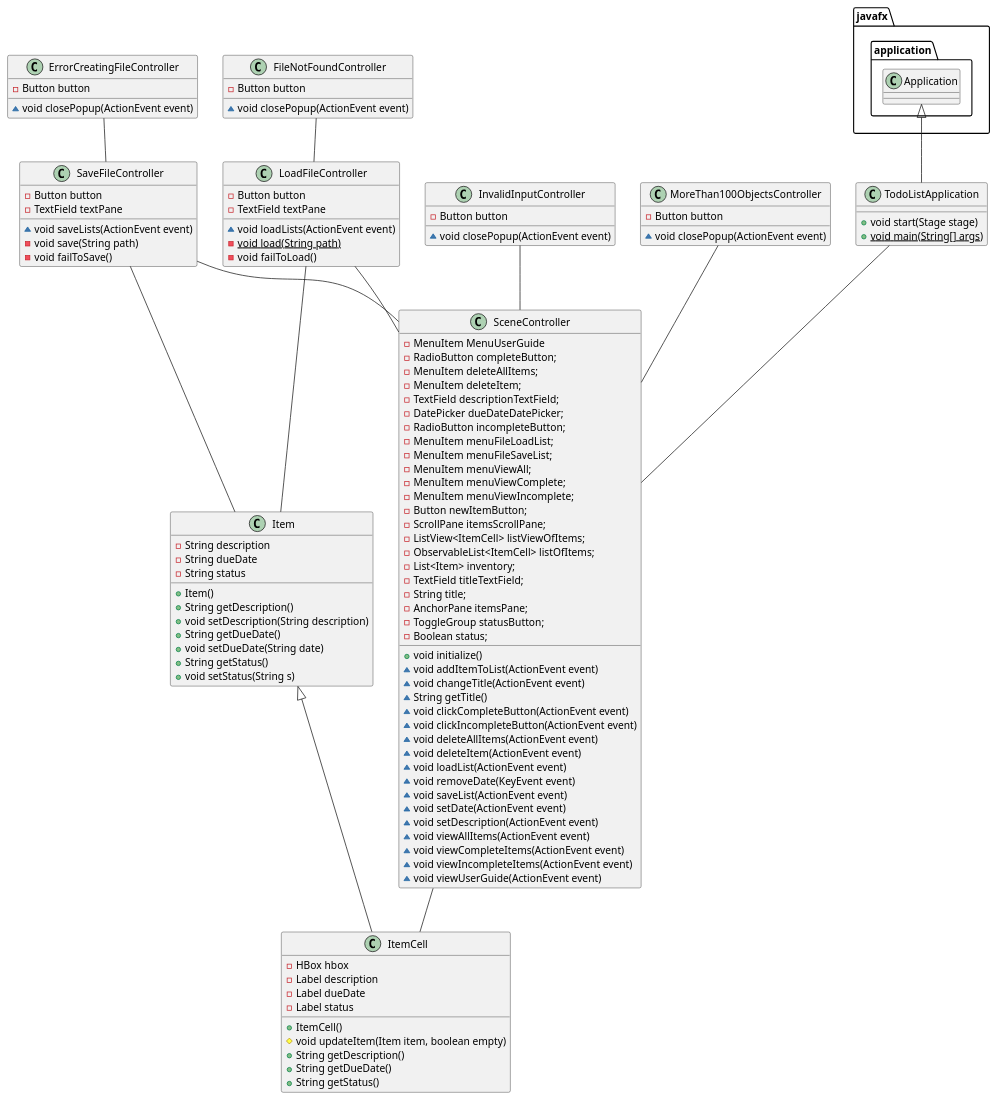
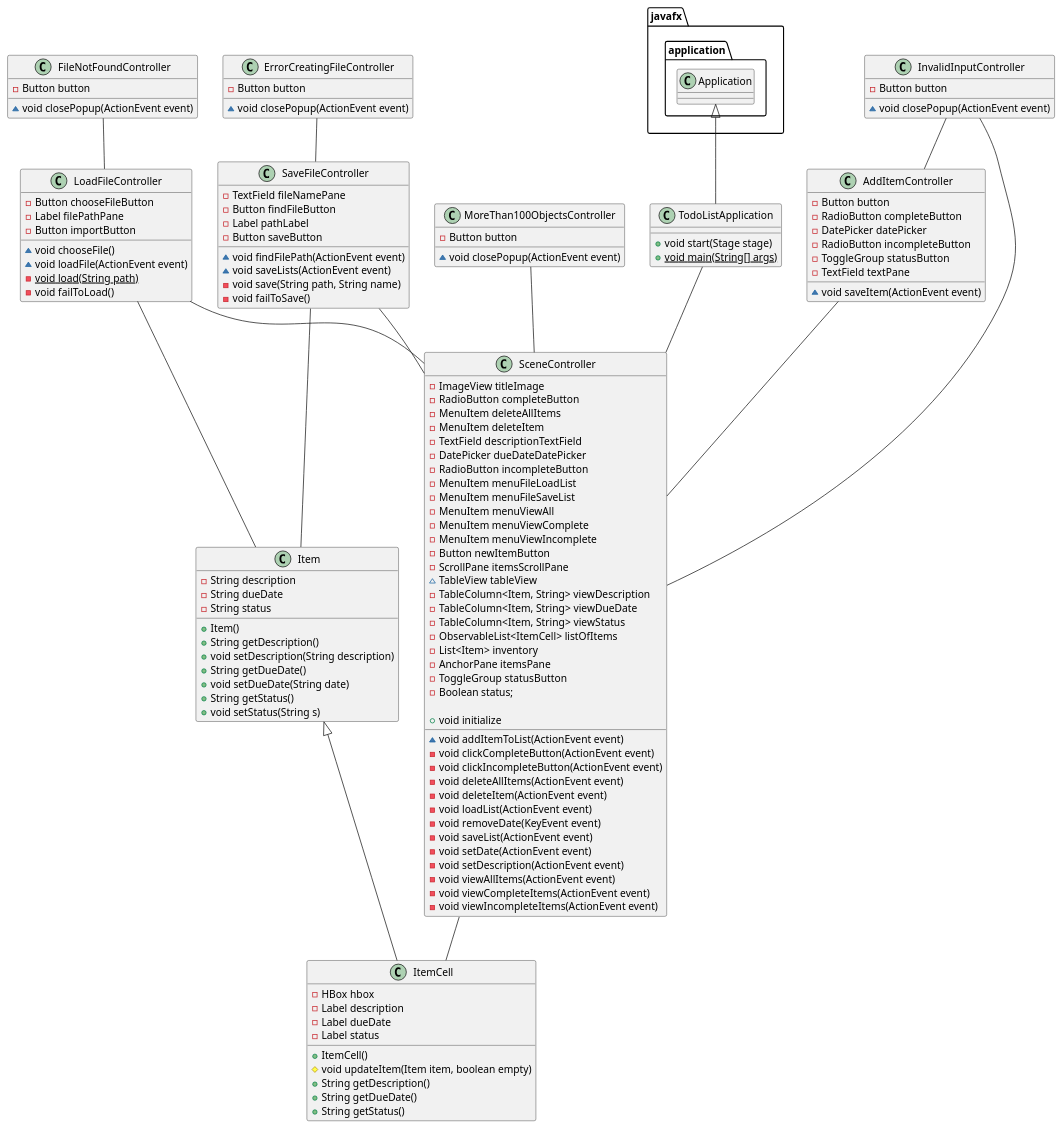
One commit to jkglaspey/Too-Due_List changed the diagram in docs/ApplicationUMLDiagram.puml. Above: the diagram before and after it, drawn with PlantUML. The commit also changed 1 other file, not shown here.

Commit message:
Plant UML Diagram for pre-implementation of code

```diff
--- a/docs/ApplicationUMLDiagram.puml
+++ b/docs/ApplicationUMLDiagram.puml
@@ -1,145 +1,161 @@
 @startuml
 
 'Initiates the GUI
 class TodoListApplication {
 
 'Class only has local variables
 
 '@Override
 +void start(Stage stage)
 + {static} void main(String[] args)
 }
 
 'Stores event data
 class Item {
 -String description
 -String dueDate
 -String status
 
 'Data is only added through mutator methods
 +Item()
 +String getDescription()
 +void setDescription(String description)
 +String getDueDate()
 +void setDueDate(String date)
 +String getStatus()
 +void setStatus(String s)
 }
 
 'Formats Items to be viewed from GUI
 class ItemCell {
 -HBox hbox
 -Label description
 -Label dueDate
 -Label status
 
 +ItemCell()
 '@Override
 #void updateItem(Item item, boolean empty)
 +String getDescription()
 +String getDueDate()
 +String getStatus()
 }
 
 'Alerts user that input must be 1 <= x <= 100 characters
 class InvalidInputController {
 -Button button
 ~void closePopup(ActionEvent event)
 }
 
 'Alerts user that file could not be created
 class ErrorCreatingFileController {
 -Button button
 ~void closePopup(ActionEvent event)
 }
 
 'Alerts user that the file path does not exist
 class FileNotFoundController {
 -Button button
 ~void closePopup(ActionEvent event)
 }
 
 'Allows user to load in previously-saved lists
 class LoadFileController {
--Button button
--TextField textPane
+-Button chooseFileButton
+-Label filePathPane
+-Button importButton
 
-~void loadLists(ActionEvent event)
+~void chooseFile()
+~void loadFile(ActionEvent event)
 -{static} void load(String path)
 -void failToLoad()
 }
 
 'Alerts user that there cannot be > 256 of an object
 class MoreThan100ObjectsController {
 -Button button
 
 ~void closePopup(ActionEvent event)
 }
 
 'Allows user to save lists to file
 class SaveFileController {
+-TextField fileNamePane
+-Button findFileButton
+-Label pathLabel
+-Button saveButton
+
+~void findFilePath(ActionEvent event)
+~void saveLists(ActionEvent event)
+-void save(String path, String name)
+-void failToSave()
+}
+
+class AddItemController {
 -Button button
+-RadioButton completeButton
+-DatePicker datePicker
+-RadioButton incompleteButton
+-ToggleGroup statusButton
 -TextField textPane
-
-~void saveLists(ActionEvent event)
--void save(String path)
--void failToSave()
+~void saveItem(ActionEvent event)
 }
 
 'Controls the main GUI
 class SceneController {
--MenuItem MenuUserGuide
--RadioButton completeButton;
--MenuItem deleteAllItems;
--MenuItem deleteItem;
--TextField descriptionTextField;
--DatePicker dueDateDatePicker;
--RadioButton incompleteButton;
--MenuItem menuFileLoadList;
--MenuItem menuFileSaveList;
--MenuItem menuViewAll;
--MenuItem menuViewComplete;
--MenuItem menuViewIncomplete;
--Button newItemButton;
--ScrollPane itemsScrollPane;
--ListView<ItemCell> listViewOfItems;
--ObservableList<ItemCell> listOfItems;
--List<Item> inventory;
--TextField titleTextField;
--String title;
--AnchorPane itemsPane;
--ToggleGroup statusButton;
+-ImageView titleImage
+-RadioButton completeButton
+-MenuItem deleteAllItems
+-MenuItem deleteItem
+-TextField descriptionTextField
+-DatePicker dueDateDatePicker
+-RadioButton incompleteButton
+-MenuItem menuFileLoadList
+-MenuItem menuFileSaveList
+-MenuItem menuViewAll
+-MenuItem menuViewComplete
+-MenuItem menuViewIncomplete
+-Button newItemButton
+-ScrollPane itemsScrollPane
+~TableView tableView
+-TableColumn<Item, String> viewDescription
+-TableColumn<Item, String> viewDueDate
+-TableColumn<Item, String> viewStatus
+-ObservableList<ItemCell> listOfItems
+-List<Item> inventory
+-AnchorPane itemsPane
+-ToggleGroup statusButton
 -Boolean status;
-+void initialize()
+
++void initialize
 ~void addItemToList(ActionEvent event)
-~void changeTitle(ActionEvent event)
-~String getTitle()
-~void clickCompleteButton(ActionEvent event)
-~void clickIncompleteButton(ActionEvent event)
-~void deleteAllItems(ActionEvent event)
-~void deleteItem(ActionEvent event)
-~void loadList(ActionEvent event)
-~void removeDate(KeyEvent event)
-~void saveList(ActionEvent event)
-~void setDate(ActionEvent event)
-~void setDescription(ActionEvent event)
-~void viewAllItems(ActionEvent event)
-~void viewCompleteItems(ActionEvent event)
-~void viewIncompleteItems(ActionEvent event)
-~void viewUserGuide(ActionEvent event)
+-void clickCompleteButton(ActionEvent event)
+-void clickIncompleteButton(ActionEvent event)
+-void deleteAllItems(ActionEvent event)
+-void deleteItem(ActionEvent event)
+-void loadList(ActionEvent event)
+-void removeDate(KeyEvent event)
+-void saveList(ActionEvent event)
+-void setDate(ActionEvent event)
+-void setDescription(ActionEvent event)
+-void viewAllItems(ActionEvent event)
+-void viewCompleteItems(ActionEvent event)
+-void viewIncompleteItems(ActionEvent event)
 }
 
 javafx.application.Application <|-- TodoListApplication
 Item <|-- ItemCell
 InvalidInputController -- SceneController
 LoadFileController -- SceneController
 LoadFileController -- Item
 MoreThan100ObjectsController -- SceneController
 SaveFileController -- SceneController
 SaveFileController -- Item
 SceneController -- ItemCell
 TodoListApplication -- SceneController
 FileNotFoundController -- LoadFileController
 ErrorCreatingFileController -- SaveFileController
+AddItemController -- SceneController
+InvalidInputController -- AddItemController
 
 @enduml
```
